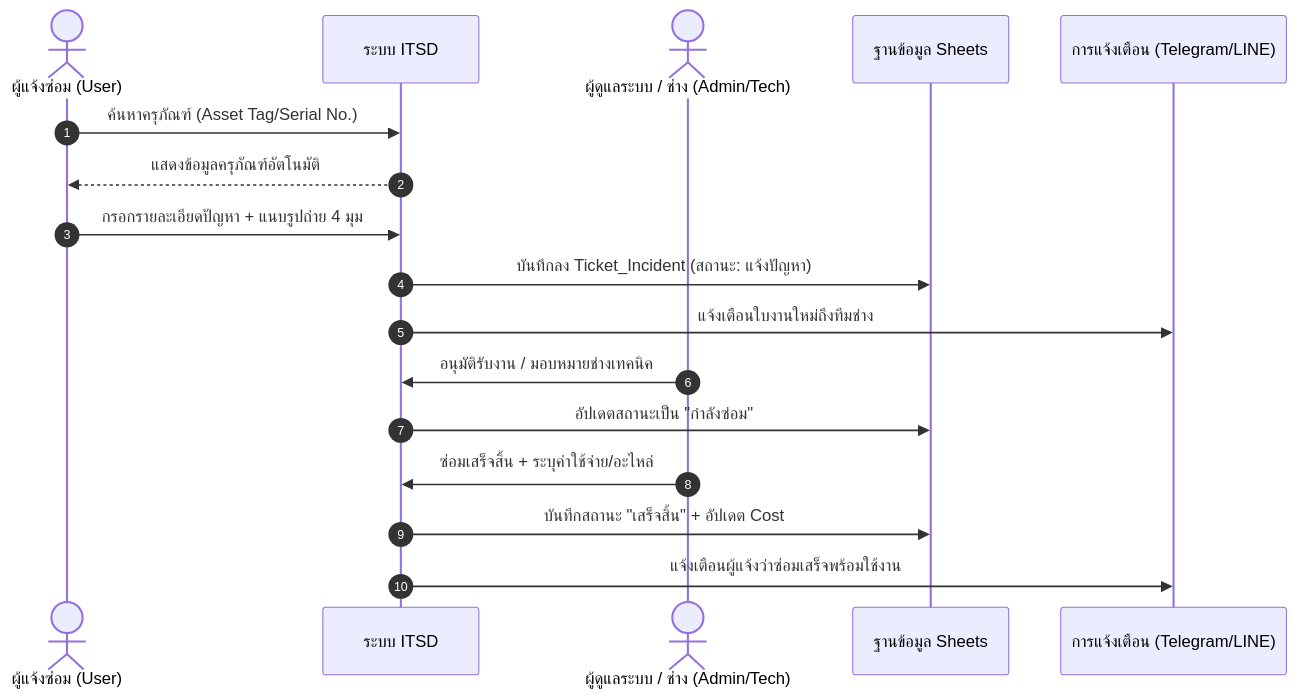
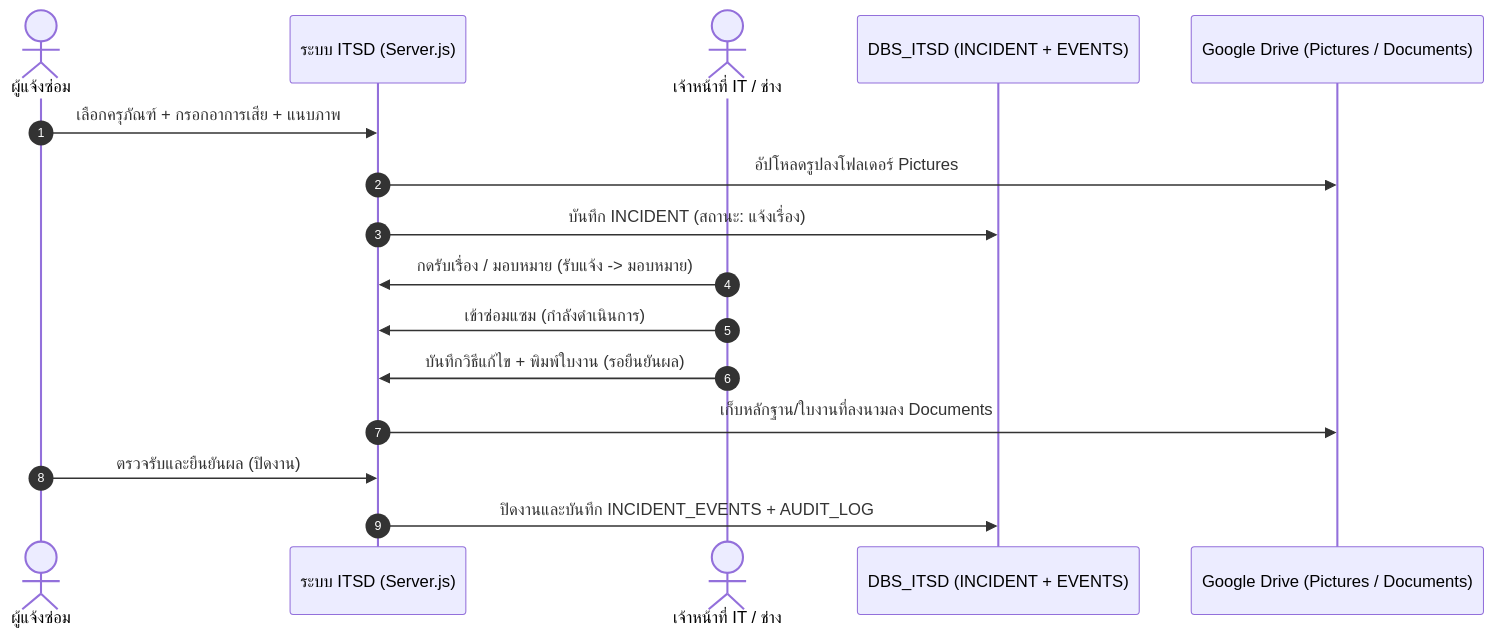
One commit to longzedesign-dotcom/ITServiceDesk changed the second of 2 diagrams in README.md. Above: the diagram before and after it, drawn with Mermaid. The commit also changed other lines of this file and 18 other files, not shown here.

Commit message:
chore: unify ITSD V1.1.59 project headers, Drive/DBS_ITSD bindings, and complete documentation

````diff
--- a/README.md
+++ b/README.md
@@ -63,20 +77,19 @@
 ```mermaid
 sequenceDiagram
     autonumber
-    actor User as ผู้แจ้งซ่อม (User)
-    participant System as ระบบ ITSD
-    actor Admin as ผู้ดูแลระบบ / ช่าง (Admin/Tech)
-    participant Sheet as ฐานข้อมูล Sheets
-    participant Notify as การแจ้งเตือน (Telegram/LINE)
+    actor User as ผู้แจ้งซ่อม
+    participant System as ระบบ ITSD (Server.js)
+    actor Tech as เจ้าหน้าที่ IT / ช่าง
+    participant DB as DBS_ITSD (INCIDENT + EVENTS)
+    participant Drive as Google Drive (Pictures / Documents)
 
-    User->>System: ค้นหาครุภัณฑ์ (Asset Tag/Serial No.)
-    System-->>User: แสดงข้อมูลครุภัณฑ์อัตโนมัติ
-    User->>System: กรอกรายละเอียดปัญหา + แนบรูปถ่าย 4 มุม
-    System->>Sheet: บันทึกลง Ticket_Incident (สถานะ: แจ้งปัญหา)
-    System->>Notify: แจ้งเตือนใบงานใหม่ถึงทีมช่าง
-    Admin->>System: อนุมัติรับงาน / มอบหมายช่างเทคนิค
-    System->>Sheet: อัปเดตสถานะเป็น "กำลังซ่อม"
-    Admin->>System: ซ่อมเสร็จสิ้น + ระบุค่าใช้จ่าย/อะไหล่
-    System->>Sheet: บันทึกสถานะ "เสร็จสิ้น" + อัปเดต Cost
-    System->>Notify: แจ้งเตือนผู้แจ้งว่าซ่อมเสร็จพร้อมใช้งาน
+    User->>System: เลือกครุภัณฑ์ + กรอกอาการเสีย + แนบภาพ
+    System->>Drive: อัปโหลดรูปลงโฟลเดอร์ Pictures
+    System->>DB: บันทึก INCIDENT (สถานะ: แจ้งเรื่อง)
+    Tech->>System: กดรับเรื่อง / มอบหมาย (รับแจ้ง -> มอบหมาย)
+    Tech->>System: เข้าซ่อมแซม (กำลังดำเนินการ)
+    Tech->>System: บันทึกวิธีแก้ไข + พิมพ์ใบงาน (รอยืนยันผล)
+    System->>Drive: เก็บหลักฐาน/ใบงานที่ลงนามลง Documents
+    User->>System: ตรวจรับและยืนยันผล (ปิดงาน)
+    System->>DB: ปิดงานและบันทึก INCIDENT_EVENTS + AUDIT_LOG
 ```
````
